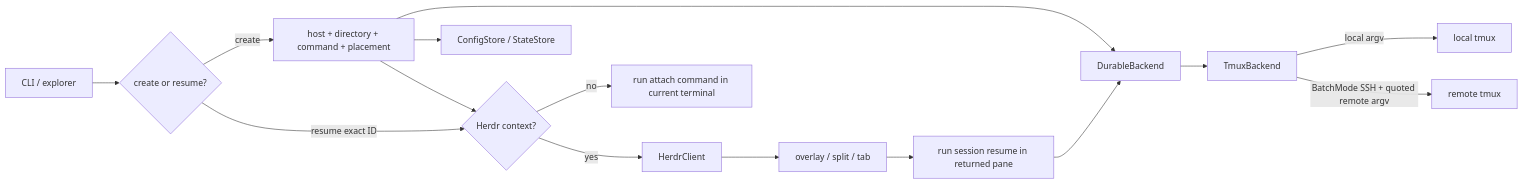
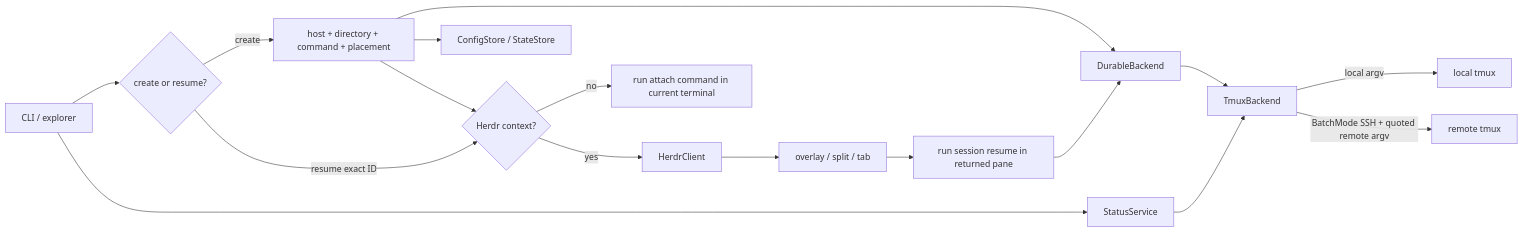
One commit to moneycaringcoder/herdr-tether changed the first of 2 diagrams in docs/architecture.md. Above: the diagram before and after it, drawn with Mermaid. The commit also changed other lines of this file and 12 other files, not shown here.

````diff
--- a/docs/architecture.md
+++ b/docs/architecture.md
@@ -21,17 +21,19 @@
 ```mermaid
 flowchart LR
     CLI[CLI / explorer] --> Intent{create or resume?}
+    CLI --> Status[StatusService]
+    Status --> Tmux
     Intent -->|create| Select[host + directory + command + placement]
     Select --> Durable[DurableBackend]
     Durable --> Tmux[TmuxBackend]
     Tmux -->|local argv| Local[local tmux]
     Tmux -->|BatchMode SSH + quoted remote argv| Remote[remote tmux]
     Select --> Store[ConfigStore / StateStore]
     Intent -->|resume exact ID| Context
     Select --> Context{Herdr context?}
     Context -->|no| Attach[run attach command in current terminal]
     Context -->|yes| Herdr[HerdrClient]
     Herdr --> Pane[overlay / split / tab]
     Pane --> Resume[run session resume in returned pane]
     Resume --> Durable
 ```
````
